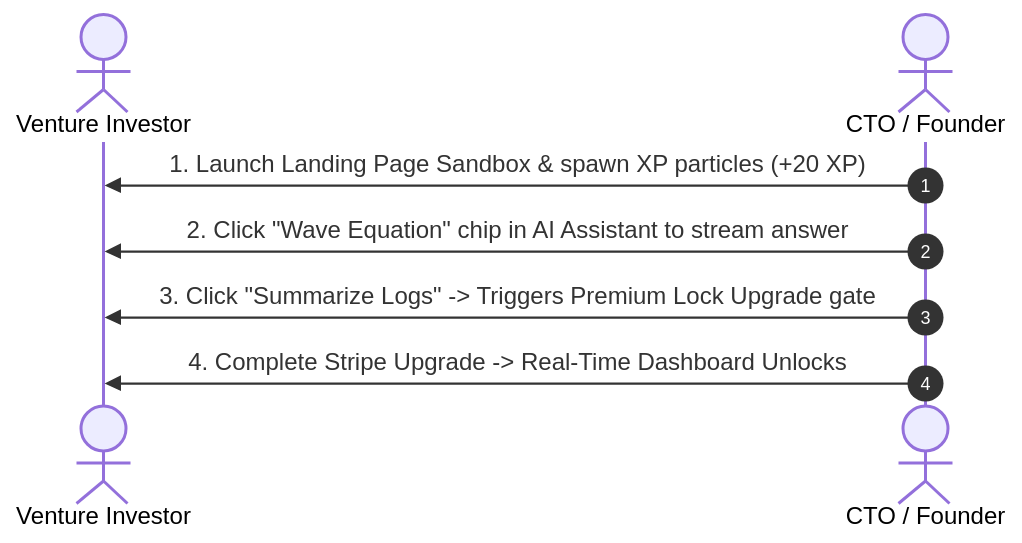
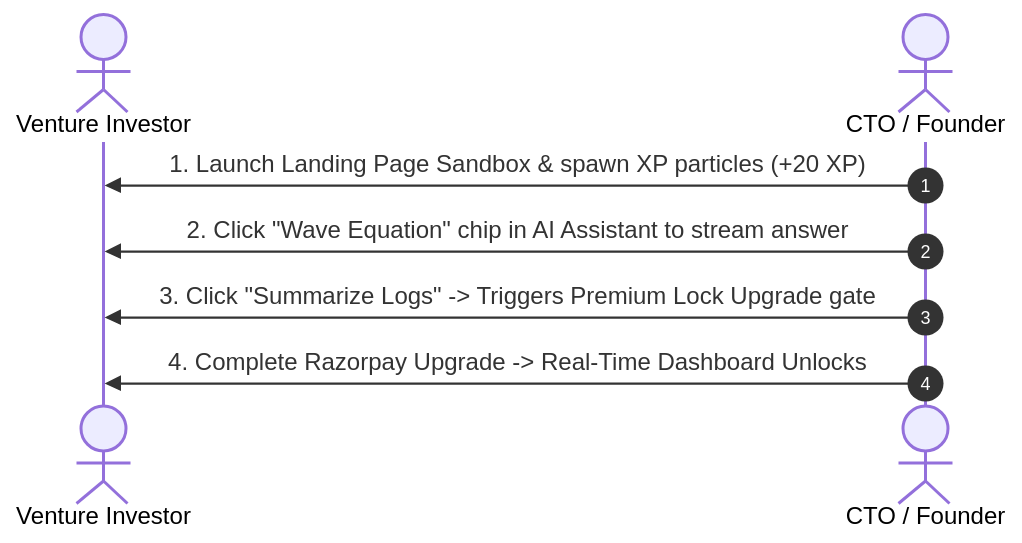
One commit to Ajay66-sketch/myapp changed the second of 2 diagrams in README.md. Above: the diagram before and after it, drawn with Mermaid. The commit also changed other lines of this file and 67 other files, not shown here.

````diff
--- a/README.md
+++ b/README.md
@@ -148,10 +148,10 @@
 ```mermaid
 sequenceDiagram
   autonumber
   actor Investor as Venture Investor
   actor Founder as CTO / Founder
   Founder->>Investor: 1. Launch Landing Page Sandbox & spawn XP particles (+20 XP)
   Founder->>Investor: 2. Click "Wave Equation" chip in AI Assistant to stream answer
   Founder->>Investor: 3. Click "Summarize Logs" -> Triggers Premium Lock Upgrade gate
-  Founder->>Investor: 4. Complete Stripe Upgrade -> Real-Time Dashboard Unlocks
+  Founder->>Investor: 4. Complete Razorpay Upgrade -> Real-Time Dashboard Unlocks
 ```
````
